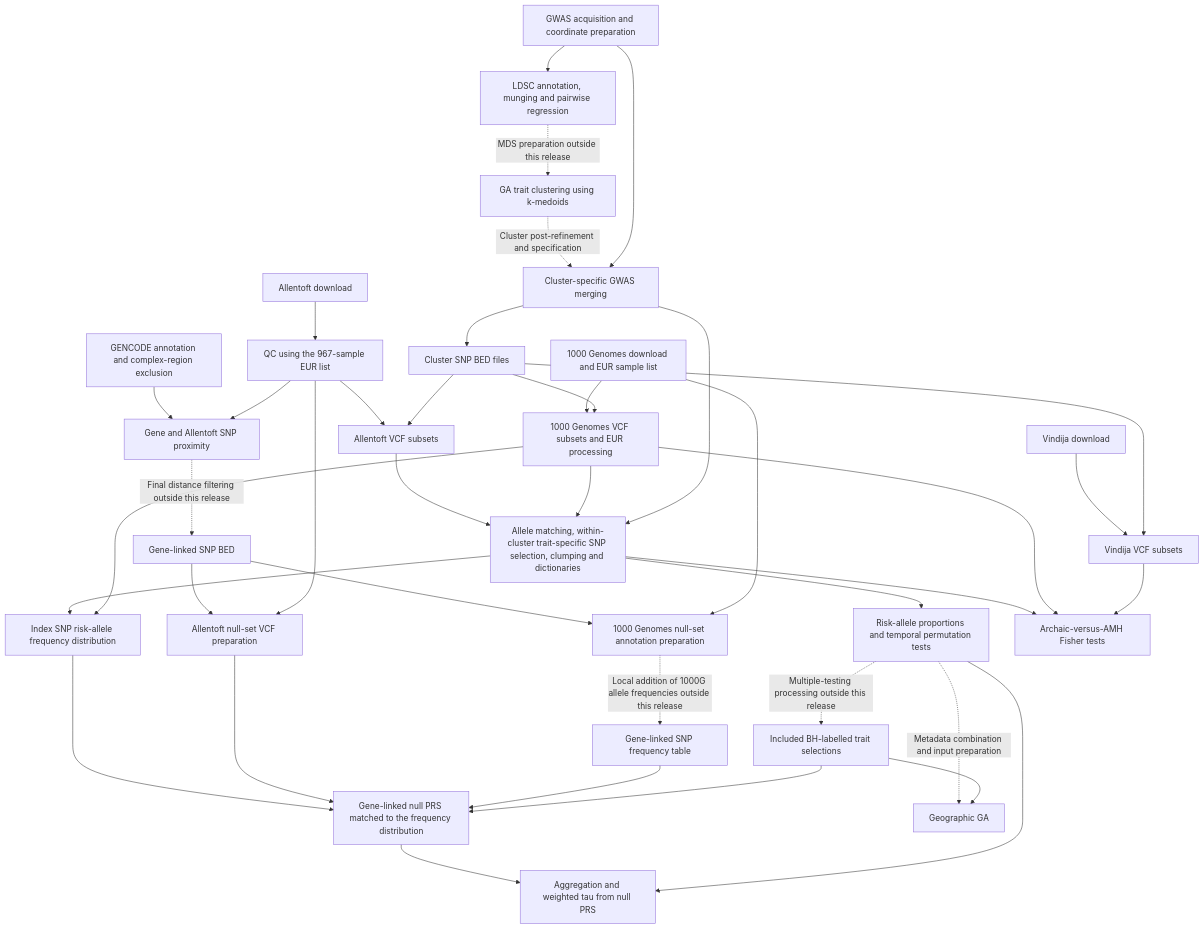
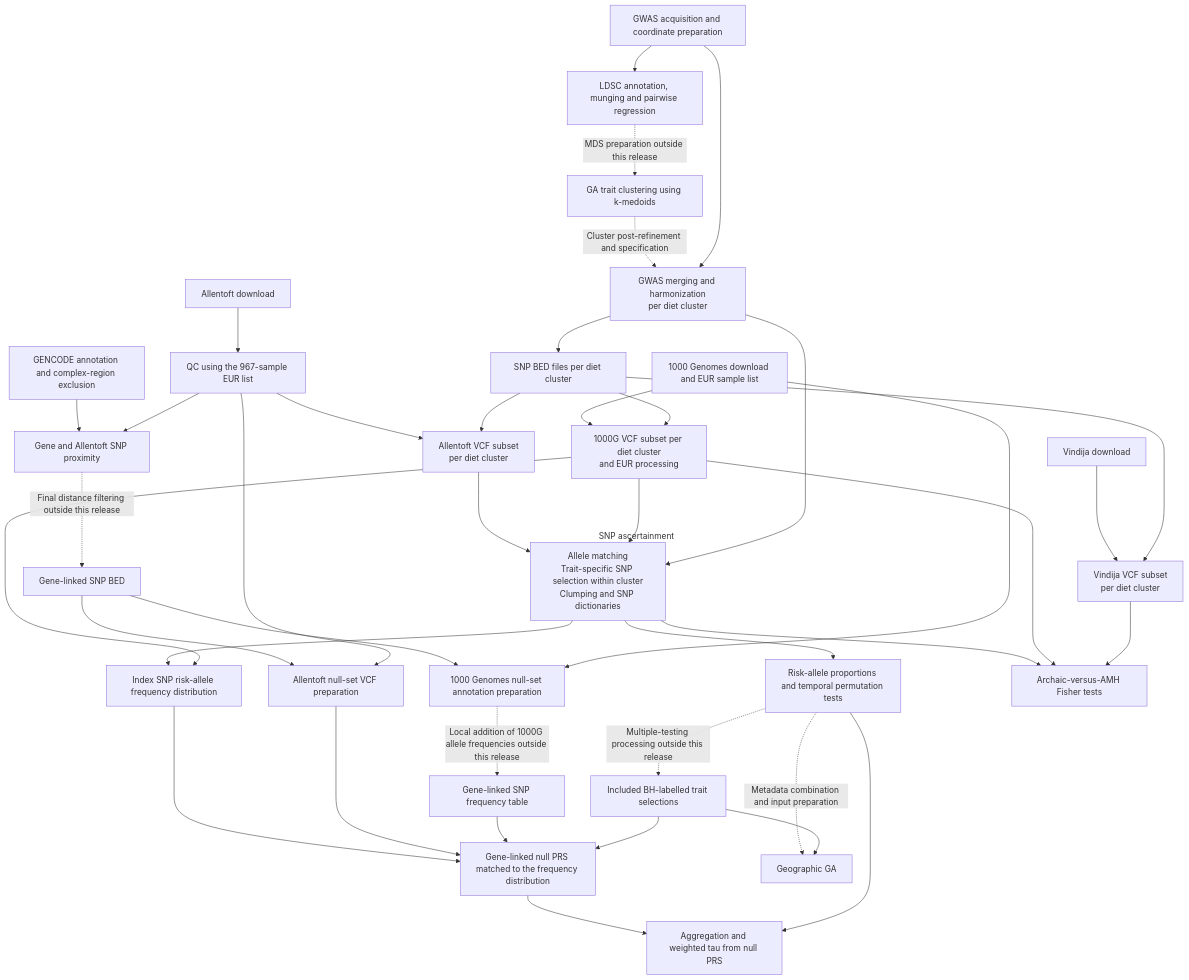
One commit to ccsbio/dietary-endophenotype-evolution changed the diagram in README.md. Above: the diagram before and after it, drawn with Mermaid. The commit also changed other lines of this file, not shown here.

Commit message:
Update README documentation and workflow diagram

````diff
--- a/README.md
+++ b/README.md
@@ -71,41 +71,45 @@
 ```mermaid
 flowchart TD
     GWAS[GWAS acquisition and coordinate preparation] --> LDSC[LDSC annotation, munging and pairwise regression]
     LDSC -. MDS preparation outside this release .-> GA[GA trait clustering using k-medoids]
-    GA -. Cluster post-refinement and specification .-> MERGE[Cluster-specific GWAS merging]
+    GA -. Cluster post-refinement and specification .-> MERGE["GWAS merging and harmonization<br/>per diet cluster"]
     GWAS --> MERGE
-    MERGE --> BED[Cluster SNP BED files]
+    MERGE --> BED[SNP BED files per diet cluster]
     RAWA[Allentoft download] --> QC[QC using the 967-sample EUR list]
     QC --> ADNA
     RAWK[1000 Genomes download and EUR sample list] --> KG
     RAWV[Vindija download] --> VIND
-    BED --> ADNA[Allentoft VCF subsets]
-    BED --> KG[1000 Genomes VCF subsets and EUR processing]
-    BED --> VIND[Vindija VCF subsets]
-    ADNA --> ASC[Allele matching, within-cluster trait-specific SNP selection, clumping and dictionaries]
+    BED --> ADNA["Allentoft VCF subset<br/>per diet cluster"]
+    BED --> KG["1000G VCF subset per diet cluster<br/>and EUR processing"]
+    BED --> VIND["Vindija VCF subset<br/>per diet cluster"]
+    subgraph SNP_ASC ["SNP ascertainment"]
+        ASC["Allele matching<br/>Trait-specific SNP selection within cluster<br/>Clumping and SNP dictionaries"]
+    end
+    style SNP_ASC fill:transparent,stroke:none
+    ADNA --> ASC
     KG --> ASC
     MERGE --> ASC
     ASC --> TEMP[Risk-allele proportions and temporal permutation tests]
     TEMP -. Multiple-testing processing outside this release .-> SEL[Included BH-labelled trait selections]
     ASC --> AF[Index SNP risk-allele frequency distribution]
     KG --> AF
     AF --> NULL[Gene-linked null PRS matched to the frequency distribution]
     ANNO[GENCODE annotation and complex-region exclusion] --> NEAR[Gene and Allentoft SNP proximity]
     QC --> NEAR
     NEAR -. Final distance filtering outside this release .-> NSET[Gene-linked SNP BED]
     NSET --> NVCF[Allentoft null-set VCF preparation]
     QC --> NVCF
     NSET --> KANNO[1000 Genomes null-set annotation preparation]
     RAWK --> KANNO
     KANNO -. Local addition of 1000G allele frequencies outside this release .-> NAF[Gene-linked SNP frequency table]
     NVCF --> NULL
     NAF --> NULL
     SEL --> NULL
     NULL --> NTAU[Aggregation and weighted tau from null PRS]
     TEMP --> NTAU
     TEMP -. Metadata combination and input preparation .-> GEO[Geographic GA]
     SEL --> GEO
     ASC --> ARCH[Archaic-versus-AMH Fisher tests]
     KG --> ARCH
     VIND --> ARCH
 ```
````
